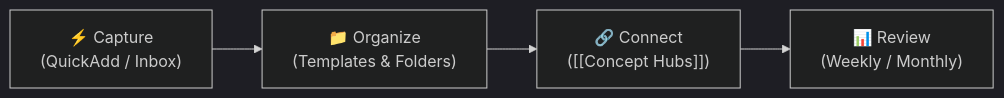
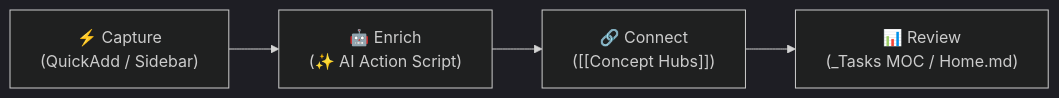
One commit to lowqualityloey/loey_space changed the diagram in 06-Resources/Second Brain Guide.md. Above: the diagram before and after it, drawn with Mermaid (dark theme). The commit also changed other lines of this file and 2 other files, not shown here.

````diff
--- a/06-Resources/Second Brain Guide.md
+++ b/06-Resources/Second Brain Guide.md
@@ -22,6 +22,6 @@
 ```mermaid
 flowchart LR
-    A["⚡ Capture<br/>(QuickAdd / Inbox)"] --> B["📁 Organize<br/>(Templates & Folders)"]
+    A["⚡ Capture<br/>(QuickAdd / Sidebar)"] --> B["🤖 Enrich<br/>(✨ AI Action Script)"]
     B --> C["🔗 Connect<br/>([[Concept Hubs]])"]
-    C --> D["📊 Review<br/>(Weekly / Monthly)"]
+    C --> D["📊 Review<br/>(_Tasks MOC / Home.md)"]
 ```
````
